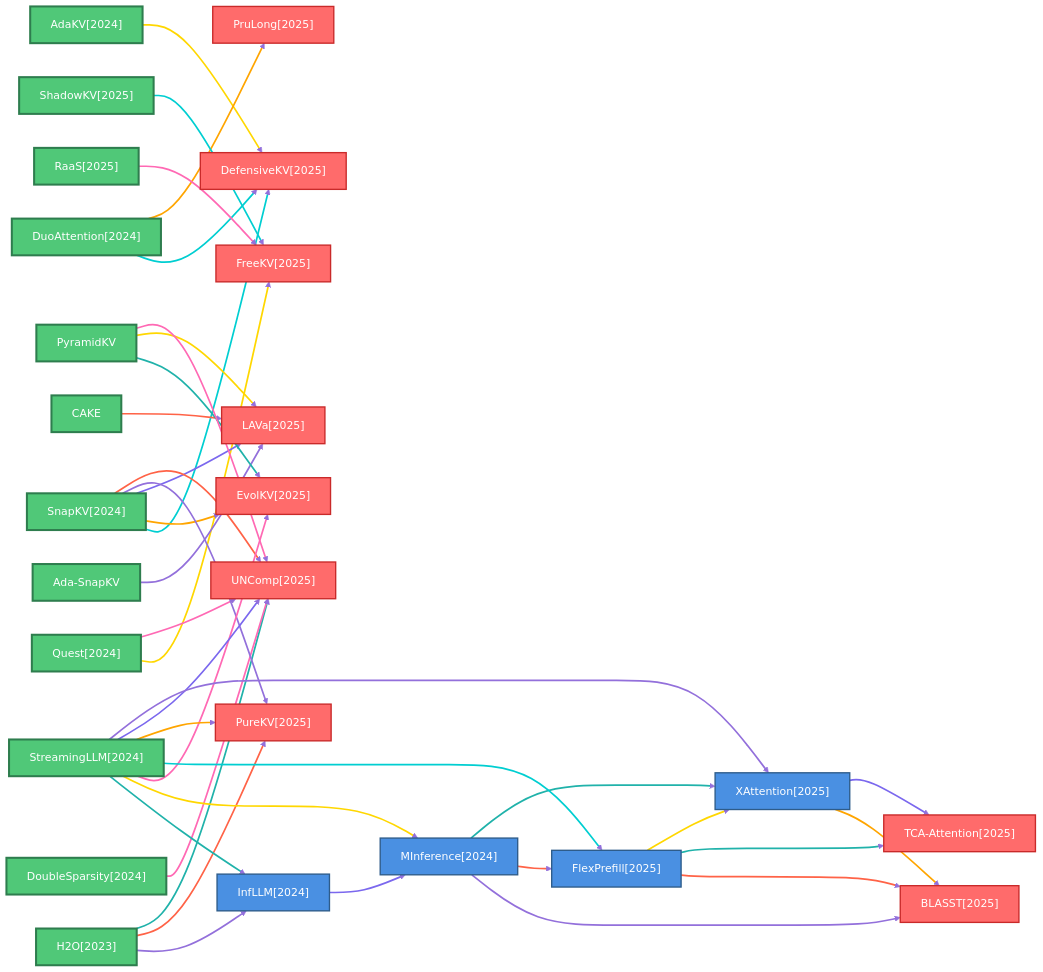
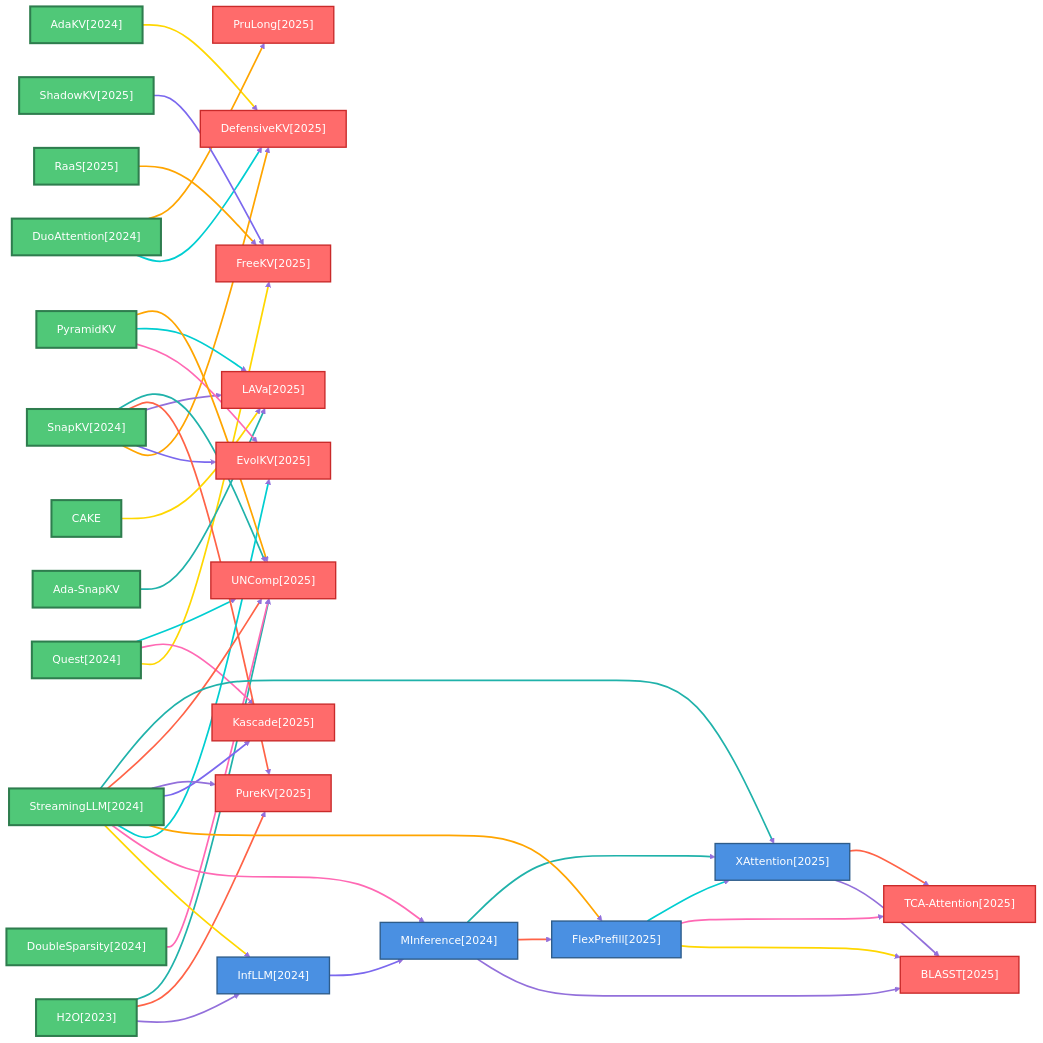
The first of 8 diagrams in docs/baseline_methods_graph.md (hustzxd/EfficientPaper), drawn with Mermaid before and after one commit. The commit also changed other lines of this file and 196 other files, not shown here.

````diff
--- a/docs/baseline_methods_graph.md
+++ b/docs/baseline_methods_graph.md
@@ -43,6 +43,8 @@
     class 2025_FlexPrefill defaultNode
     2025_FreeKV["FreeKV[2025]"]
     class 2025_FreeKV leafNode
+    2025_Kascade["Kascade[2025]"]
+    class 2025_Kascade leafNode
     2025_LAVa["LAVa[2025]"]
     class 2025_LAVa leafNode
     2025_PruLong["PruLong[2025]"]
@@ -90,54 +92,58 @@
     linkStyle 10 stroke:#20B2AA,stroke-width:2.5px
     2024_Quest ==>|" "| 2025_FreeKV
     linkStyle 11 stroke:#FFD700,stroke-width:2.5px
+    2024_Quest ==>|" "| 2025_Kascade
+    linkStyle 12 stroke:#FF69B4,stroke-width:2.5px
     2024_Quest ==>|" "| 2025_UNComp
-    linkStyle 12 stroke:#FF69B4,stroke-width:2.5px
+    linkStyle 13 stroke:#00CED1,stroke-width:2.5px
     2024_SnapKV ==>|" "| 2025_DefensiveKV
-    linkStyle 13 stroke:#00CED1,stroke-width:2.5px
+    linkStyle 14 stroke:#FFA500,stroke-width:2.5px
     2024_SnapKV ==>|" "| 2025_EvolKV
-    linkStyle 14 stroke:#FFA500,stroke-width:2.5px
+    linkStyle 15 stroke:#7B68EE,stroke-width:2.5px
     2024_SnapKV ==>|" "| 2025_LAVa
-    linkStyle 15 stroke:#7B68EE,stroke-width:2.5px
+    linkStyle 16 stroke:#9370DB,stroke-width:2.5px
     2024_SnapKV ==>|" "| 2025_PureKV
-    linkStyle 16 stroke:#9370DB,stroke-width:2.5px
+    linkStyle 17 stroke:#FF6347,stroke-width:2.5px
     2024_SnapKV ==>|" "| 2025_UNComp
-    linkStyle 17 stroke:#FF6347,stroke-width:2.5px
+    linkStyle 18 stroke:#20B2AA,stroke-width:2.5px
     2024_StreamingLLM ==>|" "| 2024_InfLLM
-    linkStyle 18 stroke:#20B2AA,stroke-width:2.5px
+    linkStyle 19 stroke:#FFD700,stroke-width:2.5px
     2024_StreamingLLM ==>|" "| 2024_MInference
-    linkStyle 19 stroke:#FFD700,stroke-width:2.5px
+    linkStyle 20 stroke:#FF69B4,stroke-width:2.5px
     2024_StreamingLLM ==>|" "| 2025_EvolKV
-    linkStyle 20 stroke:#FF69B4,stroke-width:2.5px
+    linkStyle 21 stroke:#00CED1,stroke-width:2.5px
     2024_StreamingLLM ==>|" "| 2025_FlexPrefill
-    linkStyle 21 stroke:#00CED1,stroke-width:2.5px
+    linkStyle 22 stroke:#FFA500,stroke-width:2.5px
+    2024_StreamingLLM ==>|" "| 2025_Kascade
+    linkStyle 23 stroke:#7B68EE,stroke-width:2.5px
     2024_StreamingLLM ==>|" "| 2025_PureKV
-    linkStyle 22 stroke:#FFA500,stroke-width:2.5px
+    linkStyle 24 stroke:#9370DB,stroke-width:2.5px
     2024_StreamingLLM ==>|" "| 2025_UNComp
-    linkStyle 23 stroke:#7B68EE,stroke-width:2.5px
+    linkStyle 25 stroke:#FF6347,stroke-width:2.5px
     2024_StreamingLLM ==>|" "| 2025_XAttention
-    linkStyle 24 stroke:#9370DB,stroke-width:2.5px
+    linkStyle 26 stroke:#20B2AA,stroke-width:2.5px
     2025_FlexPrefill ==>|" "| 2025_BLASST
-    linkStyle 25 stroke:#FF6347,stroke-width:2.5px
+    linkStyle 27 stroke:#FFD700,stroke-width:2.5px
     2025_FlexPrefill ==>|" "| 2025_TCA_Attention
-    linkStyle 26 stroke:#20B2AA,stroke-width:2.5px
+    linkStyle 28 stroke:#FF69B4,stroke-width:2.5px
     2025_FlexPrefill ==>|" "| 2025_XAttention
-    linkStyle 27 stroke:#FFD700,stroke-width:2.5px
+    linkStyle 29 stroke:#00CED1,stroke-width:2.5px
     2025_RaaS ==>|" "| 2025_FreeKV
-    linkStyle 28 stroke:#FF69B4,stroke-width:2.5px
+    linkStyle 30 stroke:#FFA500,stroke-width:2.5px
     2025_ShadowKV ==>|" "| 2025_FreeKV
-    linkStyle 29 stroke:#00CED1,stroke-width:2.5px
+    linkStyle 31 stroke:#7B68EE,stroke-width:2.5px
     2025_XAttention ==>|" "| 2025_BLASST
-    linkStyle 30 stroke:#FFA500,stroke-width:2.5px
+    linkStyle 32 stroke:#9370DB,stroke-width:2.5px
     2025_XAttention ==>|" "| 2025_TCA_Attention
-    linkStyle 31 stroke:#7B68EE,stroke-width:2.5px
+    linkStyle 33 stroke:#FF6347,stroke-width:2.5px
     Ada_SnapKV ==>|" "| 2025_LAVa
-    linkStyle 32 stroke:#9370DB,stroke-width:2.5px
+    linkStyle 34 stroke:#20B2AA,stroke-width:2.5px
     CAKE ==>|" "| 2025_LAVa
-    linkStyle 33 stroke:#FF6347,stroke-width:2.5px
+    linkStyle 35 stroke:#FFD700,stroke-width:2.5px
     PyramidKV ==>|" "| 2025_EvolKV
-    linkStyle 34 stroke:#20B2AA,stroke-width:2.5px
+    linkStyle 36 stroke:#FF69B4,stroke-width:2.5px
     PyramidKV ==>|" "| 2025_LAVa
-    linkStyle 35 stroke:#FFD700,stroke-width:2.5px
+    linkStyle 37 stroke:#00CED1,stroke-width:2.5px
     PyramidKV ==>|" "| 2025_UNComp
-    linkStyle 36 stroke:#FF69B4,stroke-width:2.5px
+    linkStyle 38 stroke:#FFA500,stroke-width:2.5px
 ```
````
